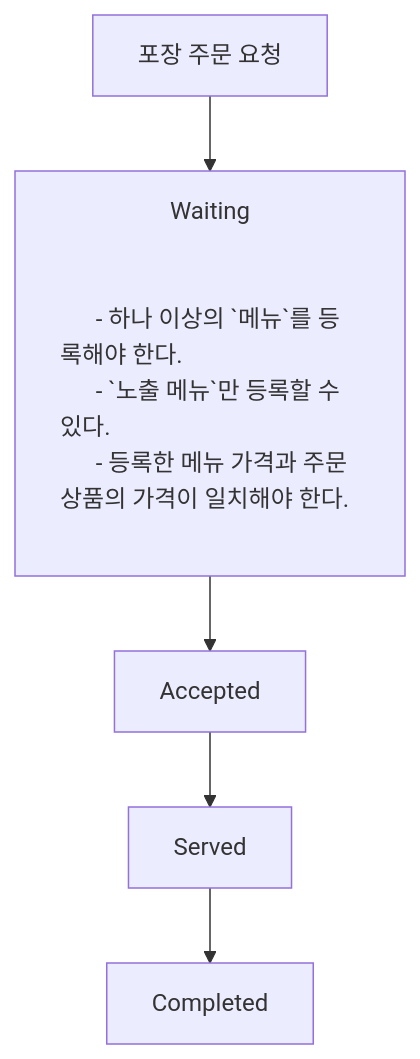
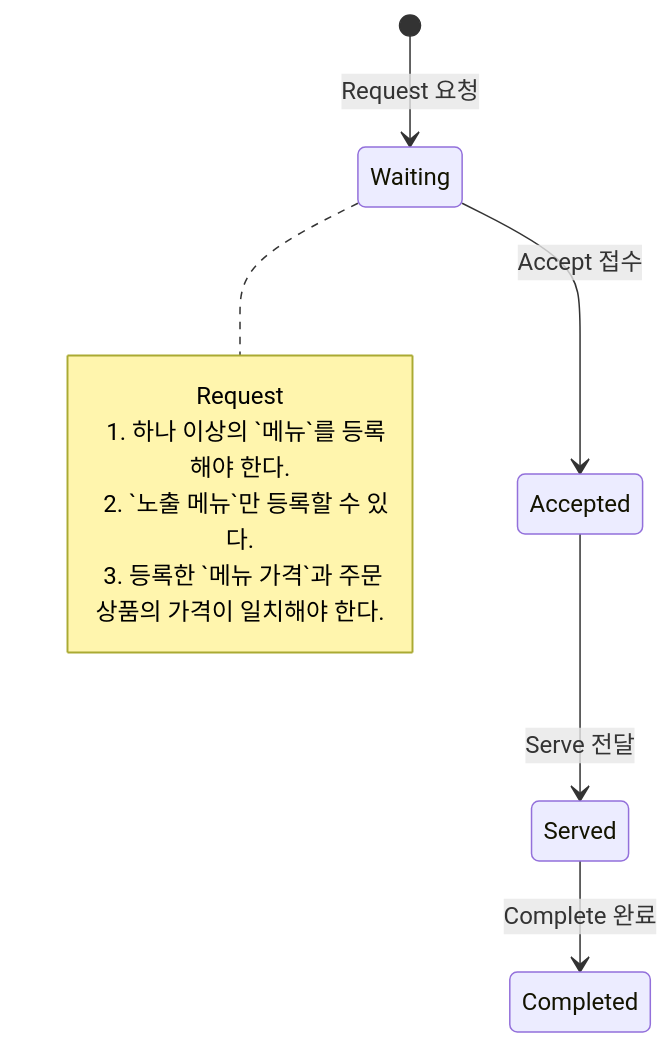
One commit to next-step/ddd-strategic-design changed the third of 4 diagrams in README.md. Above: the diagram before and after it, drawn with Mermaid. The commit also changed other lines of this file, not shown here.

````diff
--- a/README.md
+++ b/README.md
@@ -284,14 +335,13 @@
 ```mermaid
-flowchart
-  *[포장 주문 요청] --> Waiting[
-    Waiting
-    <div style='text-align: left'>
-      - 하나 이상의 `메뉴`를 등록해야 한다.
-      - `노출 메뉴`만 등록할 수 있다.
-      - 등록한 메뉴 가격과 주문 상품의 가격이 일치해야 한다.
-    </div>
-  ]
-  Waiting --> Accepted
-  Accepted --> Served
-  Served --> Completed
+    stateDiagram-v2
+  [*] --> Waiting: Request 요청
+  note right of Waiting
+    Request
+    1. 하나 이상의 `메뉴`를 등록해야 한다.
+    2. `노출 메뉴`만 등록할 수 있다.
+    3. 등록한 `메뉴 가격`과 주문 상품의 가격이 일치해야 한다.
+  end note
+  Waiting --> Accepted: Accept 접수
+  Accepted --> Served: Serve 전달
+  Served --> Completed: Complete 완료
 ```
````
